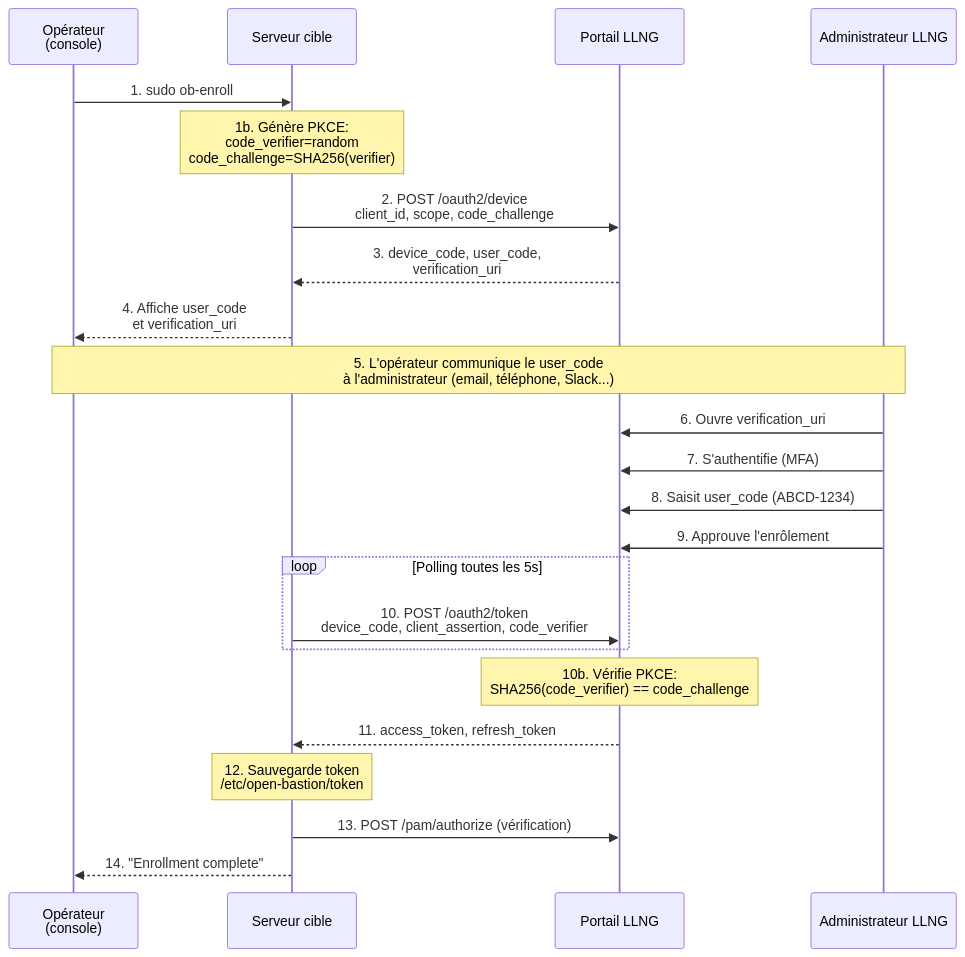
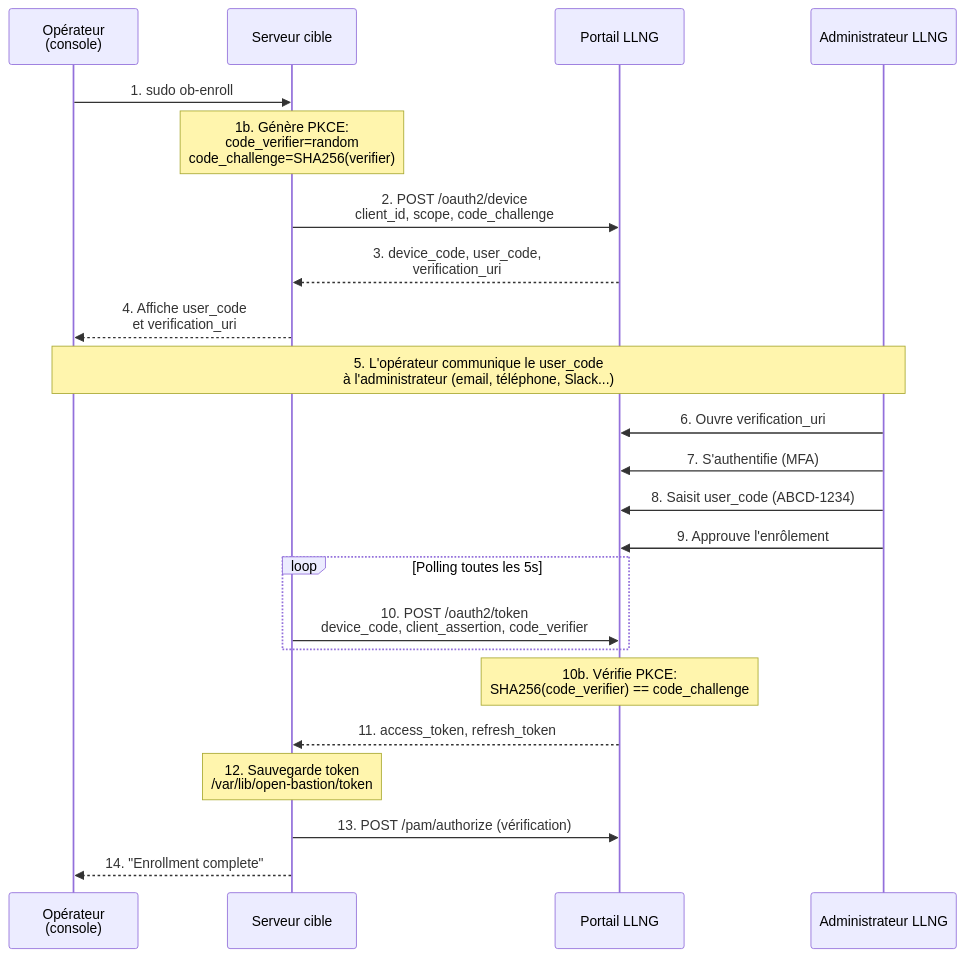
One commit to linagora/open-bastion changed the first of 7 diagrams in doc/security/01-enrollment.md. Above: the diagram before and after it, drawn with Mermaid. The commit also changed other lines of this file and 23 other files, not shown here.

````diff
--- a/doc/security/01-enrollment.md
+++ b/doc/security/01-enrollment.md
@@ -89,29 +89,29 @@
 ```mermaid
 sequenceDiagram
     participant Op as Opérateur<br/>(console)
     participant Srv as Serveur cible
     participant LLNG as Portail LLNG
     participant Admin as Administrateur LLNG
 
     Op->>Srv: 1. sudo ob-enroll
     Note over Srv: 1b. Génère PKCE:<br/>code_verifier=random<br/>code_challenge=SHA256(verifier)
     Srv->>LLNG: 2. POST /oauth2/device<br/>client_id, scope, code_challenge
     LLNG-->>Srv: 3. device_code, user_code,<br/>verification_uri
     Srv-->>Op: 4. Affiche user_code<br/>et verification_uri
 
     Note over Op,Admin: 5. L'opérateur communique le user_code<br/>à l'administrateur (email, téléphone, Slack...)
 
     Admin->>LLNG: 6. Ouvre verification_uri
     Admin->>LLNG: 7. S'authentifie (MFA)
     Admin->>LLNG: 8. Saisit user_code (ABCD-1234)
     Admin->>LLNG: 9. Approuve l'enrôlement
 
     loop Polling toutes les 5s
         Srv->>LLNG: 10. POST /oauth2/token<br/>device_code, client_assertion, code_verifier
     end
     Note over LLNG: 10b. Vérifie PKCE:<br/>SHA256(code_verifier) == code_challenge
     LLNG-->>Srv: 11. access_token, refresh_token
-    Note over Srv: 12. Sauvegarde token<br/>/etc/open-bastion/token
+    Note over Srv: 12. Sauvegarde token<br/>/var/lib/open-bastion/token
     Srv->>LLNG: 13. POST /pam/authorize (vérification)
     Srv-->>Op: 14. "Enrollment complete"
 ```
````
